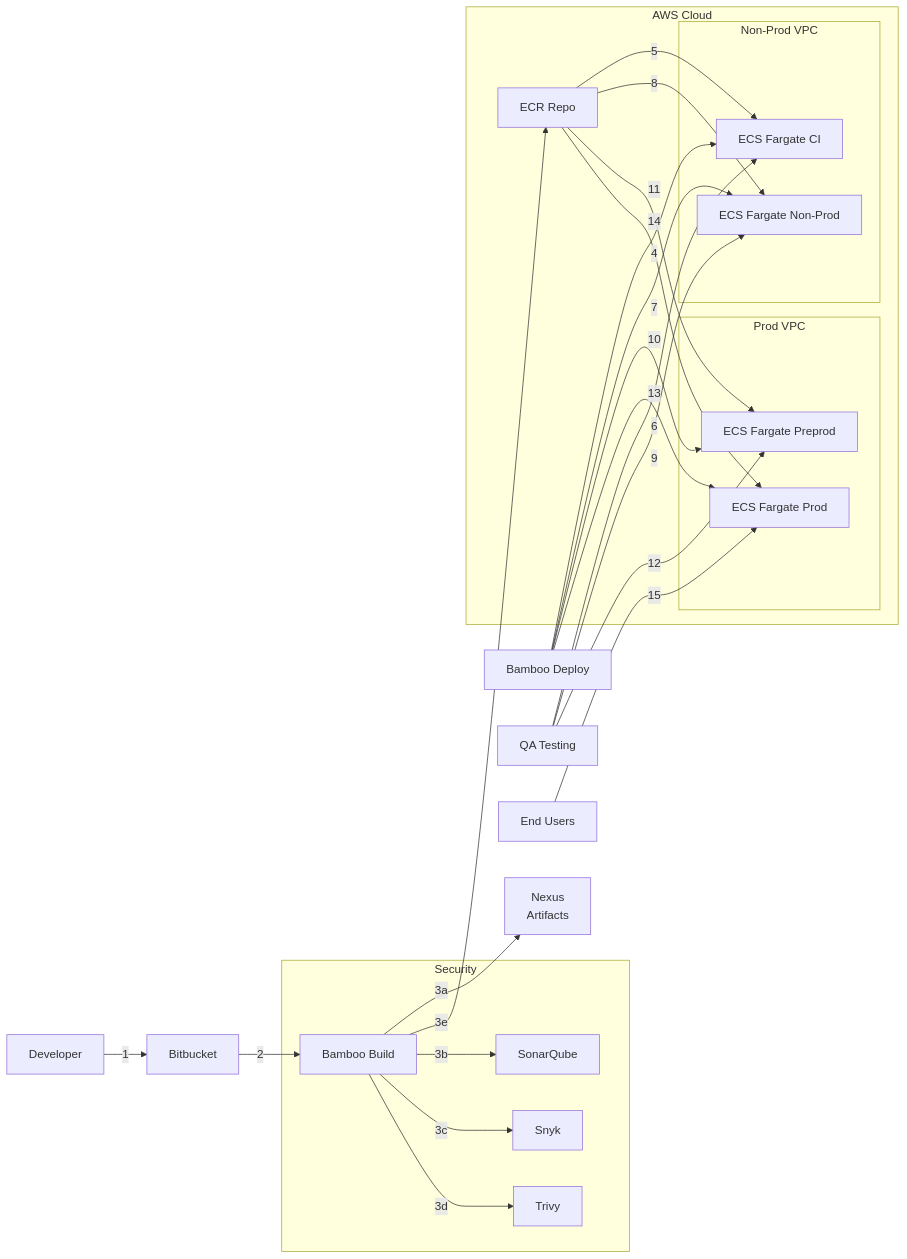
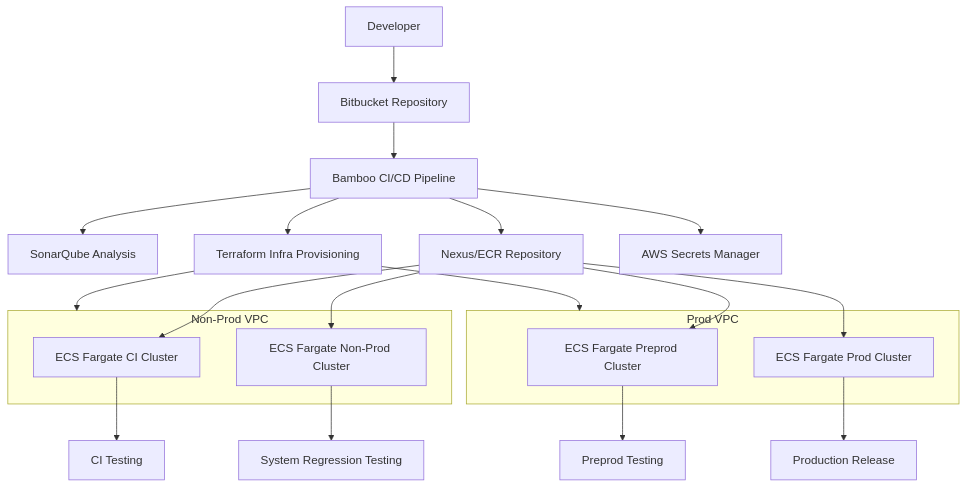
One commit to heidi123/language_identifier changed the diagram in DevSecOpsSolutionDesign.md. Above: the diagram before and after it, drawn with Mermaid. The commit also changed other lines of this file, not shown here.

````diff
--- a/DevSecOpsSolutionDesign.md
+++ b/DevSecOpsSolutionDesign.md
@@ -594,43 +605,35 @@
 ```mermaid
-graph LR
-    Developer --> |1| Bitbucket
-    Bitbucket -->|2| Build[Bamboo Build]
-    Build -->|3a| Nexus[Nexus\nArtifacts]
-    Build -->|3e| ECR[ECR\nSingle Repo]
+
+flowchart TD
+    A[Developer] --> B[Bitbucket Repository]
+    B --> C[Bamboo CI/CD Pipeline]
+    C --> D[SonarQube Analysis]
+    C --> E[Nexus/ECR Repository]
+    C --> F[Terraform Infra Provisioning]
+    C --> G[AWS Secrets Manager]
     
-    subgraph Security
-        Build -->|3b| SonarQube
-        Build -->|3c| Snyk
-        Build -->|3d| Trivy
-    end
-    
-    subgraph AWS Cloud
-        subgraph NonProdVPC[Non-Prod VPC]
-            CI[ECS Fargate CI]
-            NonProd[ECS Fargate Non-Prod]
-        end
-
-        subgraph ProdVPC[Prod VPC]
-            PreProd[ECS Fargate Preprod]
-            Prod[ECS Fargate Prod]
-        end
-        
-        ECR[ECR Repo]
+    subgraph NP[Non-Prod VPC]
+      I[ECS Fargate CI Cluster]
+      J[ECS Fargate Non-Prod Cluster]
     end
 
-    Deploy[Bamboo Deploy] --> |4|CI
-    Deploy[Bamboo Deploy] --> |7|NonProd
-    Deploy[Bamboo Deploy] --> |10|PreProd
-    Deploy[Bamboo Deploy] --> |13|Prod
+    subgraph P[Prod VPC]
+      N[ECS Fargate Preprod Cluster]
+      O[ECS Fargate Prod Cluster]
+    end
 
-    ECR --> |5| CI
-    ECR --> |8|NonProd
-    ECR --> |11|PreProd
-    ECR --> |14|Prod
+    F --> NP
+    F --> P
 
-    QA[QA Testing] --> |6| CI
-    QA[QA Testing] --> |9| NonProd
-    QA[QA Testing] --> |12| PreProd
-    Users[End Users] --> |15| Prod
+    E --> I
+    E --> J
+    E --> N
+    E --> O
+
+    I --> K[CI Testing]
+    J --> L[System Regression Testing]
+    N --> P1[Preprod Testing]
+    O --> Q[Production Release]
+
 
 ```
````
